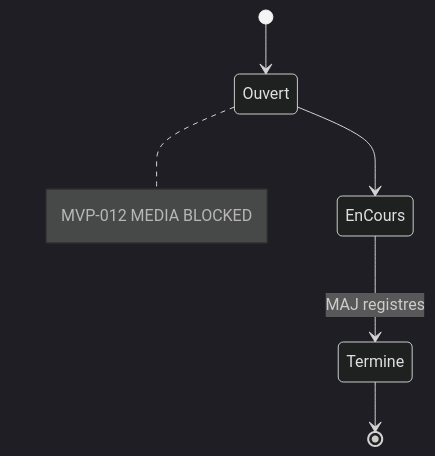
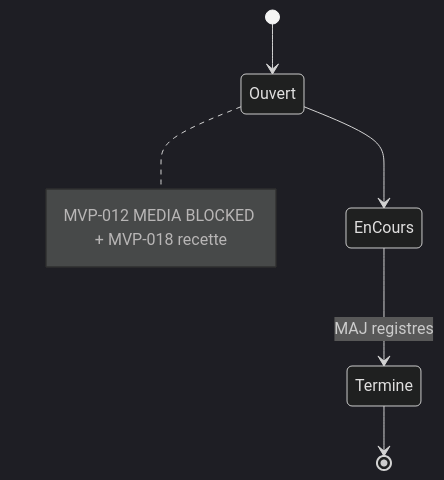
One commit to JavaChrist/Tai-Chi-AI-Coach changed the second of 2 diagrams in docs/runtime/11_BACKLOG.md. Above: the diagram before and after it, drawn with Mermaid (dark theme). The commit also changed other lines of this file and 14 other files, not shown here.

````diff
--- a/docs/runtime/11_BACKLOG.md
+++ b/docs/runtime/11_BACKLOG.md
@@ -69,8 +70,8 @@
 ```mermaid
 stateDiagram-v2
   [*] --> Ouvert
   Ouvert --> EnCours
   EnCours --> Termine: MAJ registres
   Termine --> [*]
-  note right of Ouvert: MVP-012 MEDIA BLOCKED
+  note right of Ouvert: MVP-012 MEDIA BLOCKED + MVP-018 recette
 ```
````
